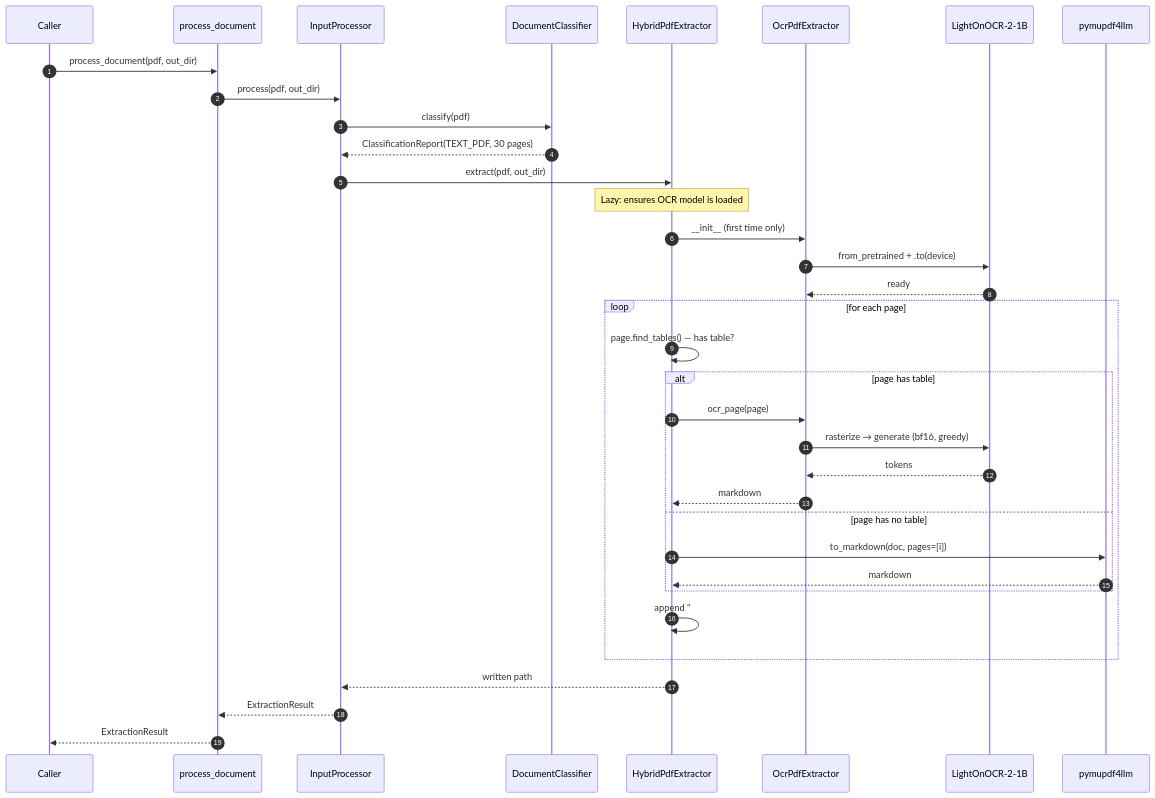
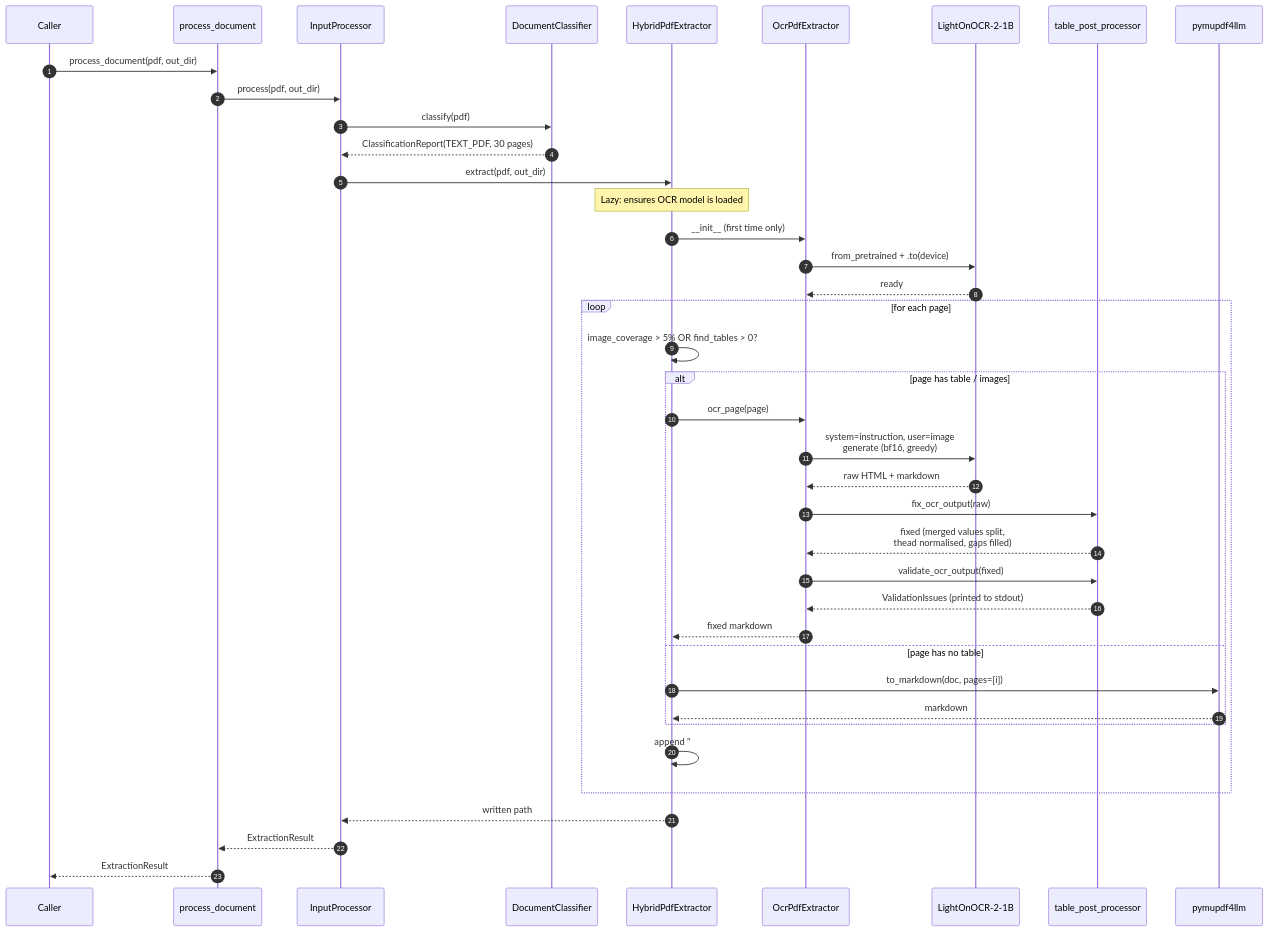
One commit to GSaiDheeraj/Financial-Document-Data-Extractor changed the third of 3 diagrams in Input Module Architecture.md. Above: the diagram before and after it, drawn with Mermaid. The commit also changed other lines of this file and 1 other file, not shown here.

````diff
--- a/Input Module Architecture.md
+++ b/Input Module Architecture.md
@@ -762,40 +627,45 @@
 ```mermaid
 sequenceDiagram
     autonumber
     participant U as Caller
     participant API as process_document
     participant P as InputProcessor
     participant C as DocumentClassifier
     participant H as HybridPdfExtractor
     participant O as OcrPdfExtractor
     participant L as LightOnOCR-2-1B
+    participant PP as table_post_processor
     participant M as pymupdf4llm
 
     U->>API: process_document(pdf, out_dir)
     API->>P: process(pdf, out_dir)
     P->>C: classify(pdf)
     C-->>P: ClassificationReport(TEXT_PDF, 30 pages)
     P->>H: extract(pdf, out_dir)
     Note over H: Lazy: ensures OCR model is loaded
     H->>O: __init__ (first time only)
     O->>L: from_pretrained + .to(device)
     L-->>O: ready
 
     loop for each page
-        H->>H: page.find_tables() — has table?
-        alt page has table
+        H->>H: image_coverage > 5% OR find_tables > 0?
+        alt page has table / images
             H->>O: ocr_page(page)
-            O->>L: rasterize → generate (bf16, greedy)
-            L-->>O: tokens
-            O-->>H: markdown
+            O->>L: system=instruction, user=image<br/>generate (bf16, greedy)
+            L-->>O: raw HTML + markdown
+            O->>PP: fix_ocr_output(raw)
+            PP-->>O: fixed (merged values split,<br/>thead normalised, gaps filled)
+            O->>PP: validate_ocr_output(fixed)
+            PP-->>O: ValidationIssues (printed to stdout)
+            O-->>H: fixed markdown
         else page has no table
             H->>M: to_markdown(doc, pages=[i])
             M-->>H: markdown
         end
         H->>H: append "## Page i\n\n{md}"
     end
 
     H-->>P: written path
     P-->>API: ExtractionResult
     API-->>U: ExtractionResult
 ```
````
